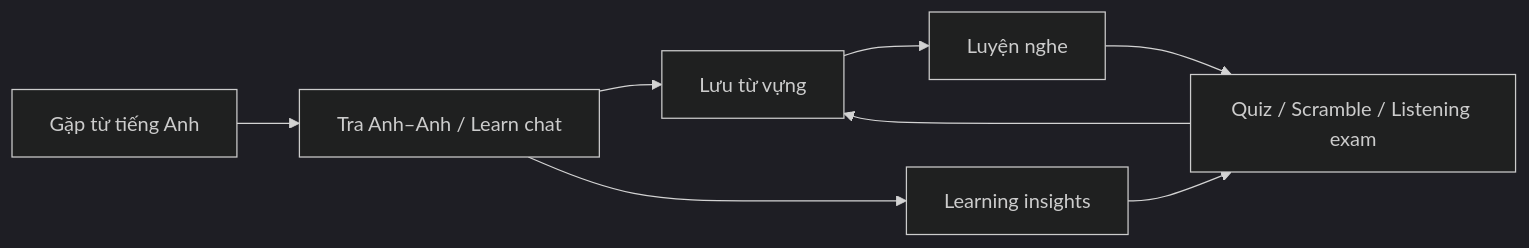
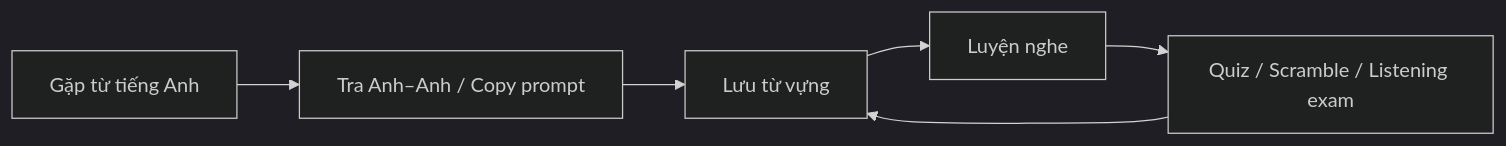
One commit to nvnhan0810/foreign-learning-app changed the diagram in README.md. Above: the diagram before and after it, drawn with Mermaid (dark theme). The commit also changed other lines of this file and 1 other file, not shown here.

Commit message:
Update UI and remove AI chat

````diff
--- a/README.md
+++ b/README.md
@@ -15,10 +15,8 @@
 ```mermaid
 flowchart LR
-  A[Gặp từ tiếng Anh] --> B[Tra Anh–Anh / Learn chat]
+  A[Gặp từ tiếng Anh] --> B[Tra Anh–Anh / Copy prompt]
   B --> C[Lưu từ vựng]
   C --> D[Luyện nghe]
   D --> E[Quiz / Scramble / Listening exam]
   E --> C
-  B --> I[Learning insights]
-  I --> E
 ```
````
